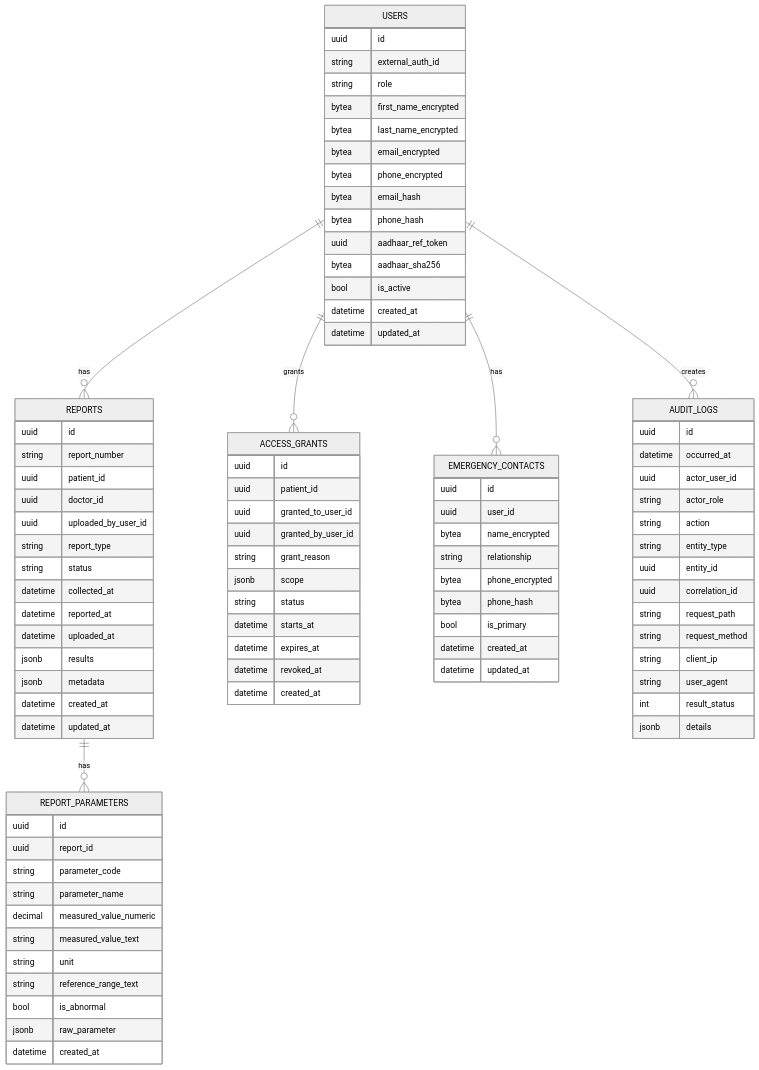
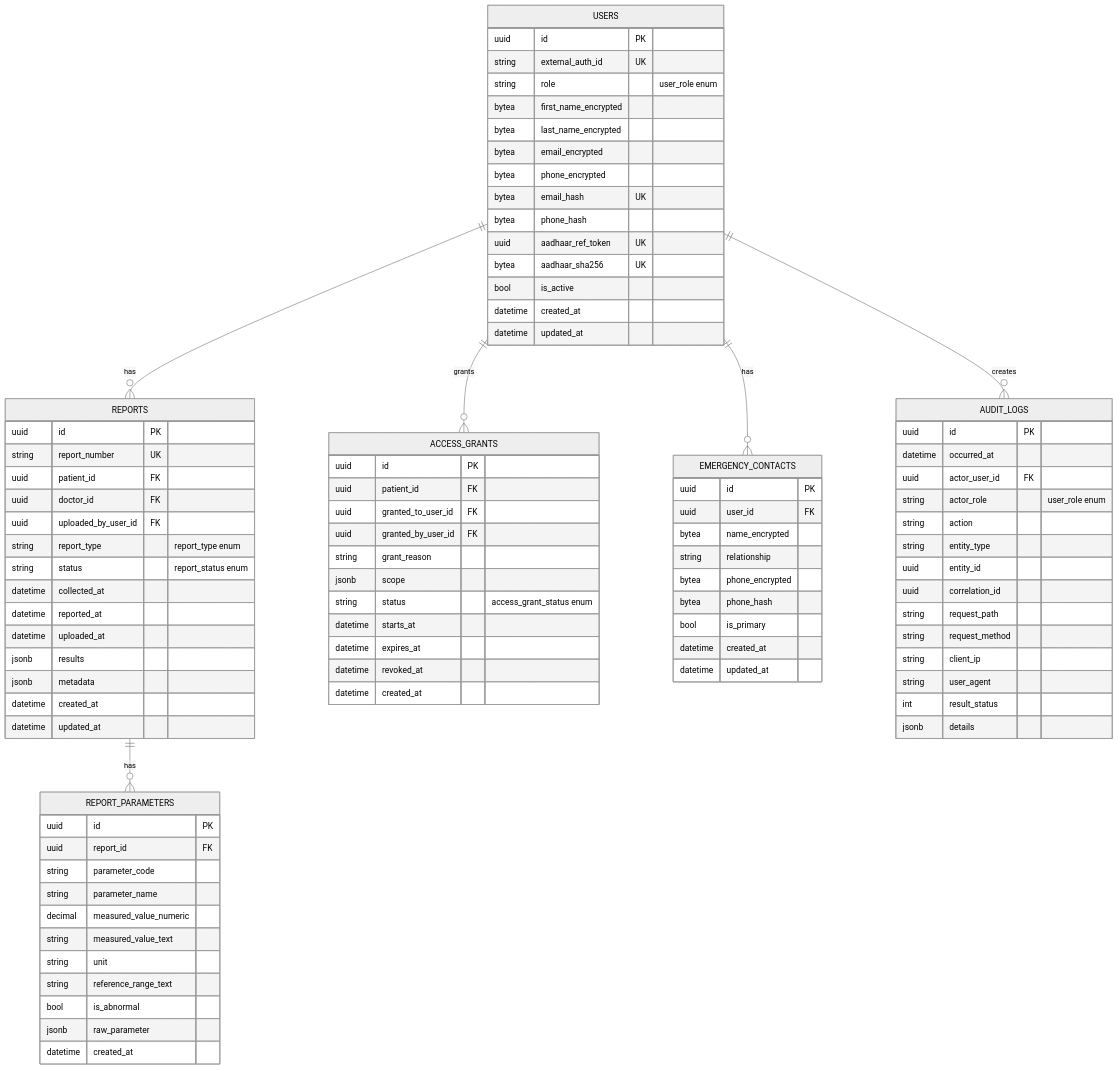
The diagram in docs/database/core-schema.md (kinveetech/AarogyaBackend), drawn with Mermaid (neutral theme) before and after one commit.

Commit message:
docs: restore rich erd annotations with compatible mermaid syntax

```diff
--- a/docs/database/core-schema.md
+++ b/docs/database/core-schema.md
@@ -21,30 +21,30 @@
   USERS ||--o{ AUDIT_LOGS : creates
 
   USERS {
-    uuid id
-    string external_auth_id
-    string role
+    uuid id PK
+    string external_auth_id UK
+    string role "user_role enum"
     bytea first_name_encrypted
     bytea last_name_encrypted
     bytea email_encrypted
     bytea phone_encrypted
-    bytea email_hash
+    bytea email_hash UK
     bytea phone_hash
-    uuid aadhaar_ref_token
-    bytea aadhaar_sha256
+    uuid aadhaar_ref_token UK
+    bytea aadhaar_sha256 UK
     bool is_active
     datetime created_at
     datetime updated_at
   }
 
   REPORTS {
-    uuid id
-    string report_number
-    uuid patient_id
-    uuid doctor_id
-    uuid uploaded_by_user_id
-    string report_type
-    string status
+    uuid id PK
+    string report_number UK
+    uuid patient_id FK
+    uuid doctor_id FK
+    uuid uploaded_by_user_id FK
+    string report_type "report_type enum"
+    string status "report_status enum"
     datetime collected_at
     datetime reported_at
     datetime uploaded_at
@@ -55,8 +55,8 @@
   }
 
   REPORT_PARAMETERS {
-    uuid id
-    uuid report_id
+    uuid id PK
+    uuid report_id FK
     string parameter_code
     string parameter_name
     decimal measured_value_numeric
@@ -69,13 +69,13 @@
   }
 
   ACCESS_GRANTS {
-    uuid id
-    uuid patient_id
-    uuid granted_to_user_id
-    uuid granted_by_user_id
+    uuid id PK
+    uuid patient_id FK
+    uuid granted_to_user_id FK
+    uuid granted_by_user_id FK
     string grant_reason
     jsonb scope
-    string status
+    string status "access_grant_status enum"
     datetime starts_at
     datetime expires_at
     datetime revoked_at
@@ -83,8 +83,8 @@
   }
 
   EMERGENCY_CONTACTS {
-    uuid id
-    uuid user_id
+    uuid id PK
+    uuid user_id FK
     bytea name_encrypted
     string relationship
     bytea phone_encrypted
@@ -95,10 +95,10 @@
   }
 
   AUDIT_LOGS {
-    uuid id
+    uuid id PK
     datetime occurred_at
-    uuid actor_user_id
-    string actor_role
+    uuid actor_user_id FK
+    string actor_role "user_role enum"
     string action
     string entity_type
     uuid entity_id
```
